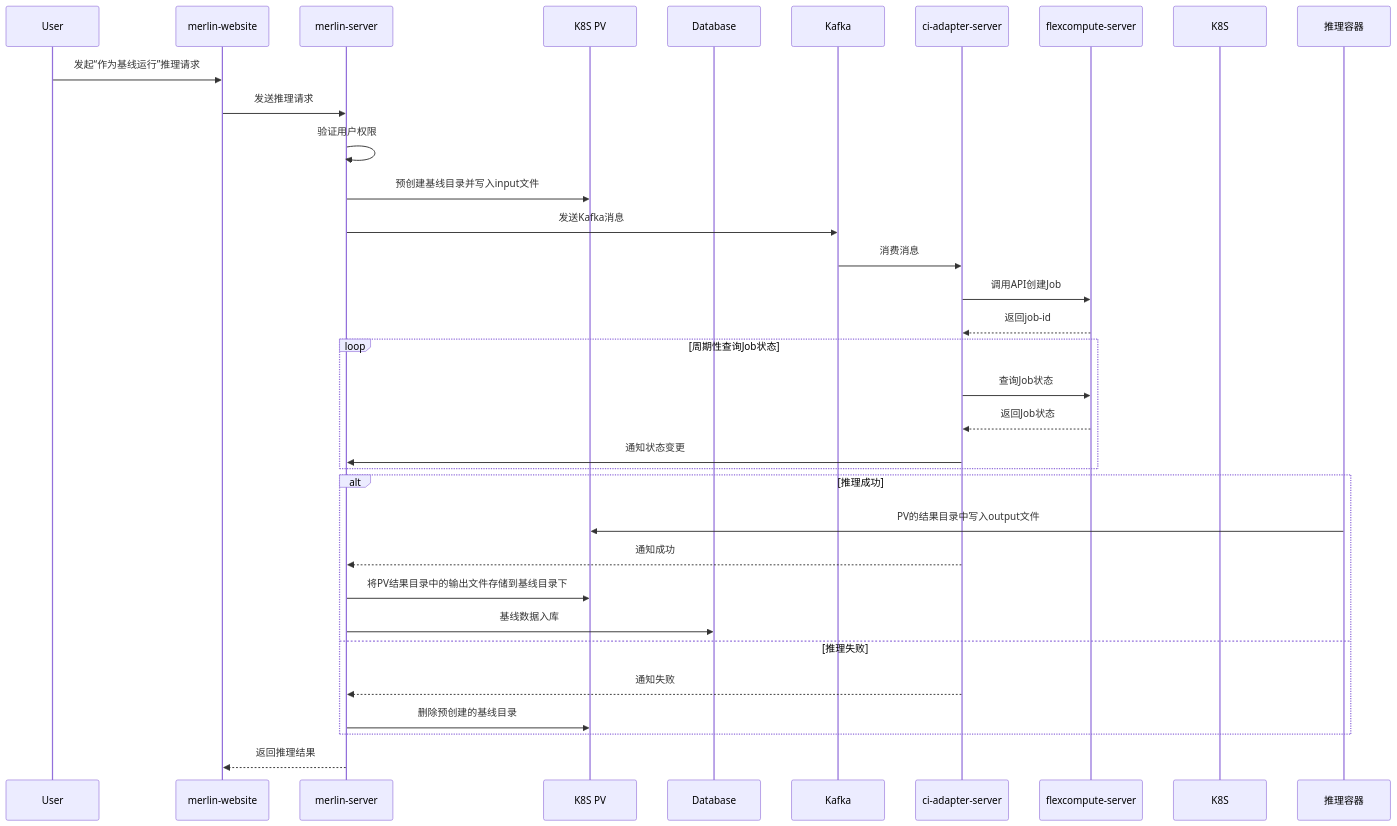
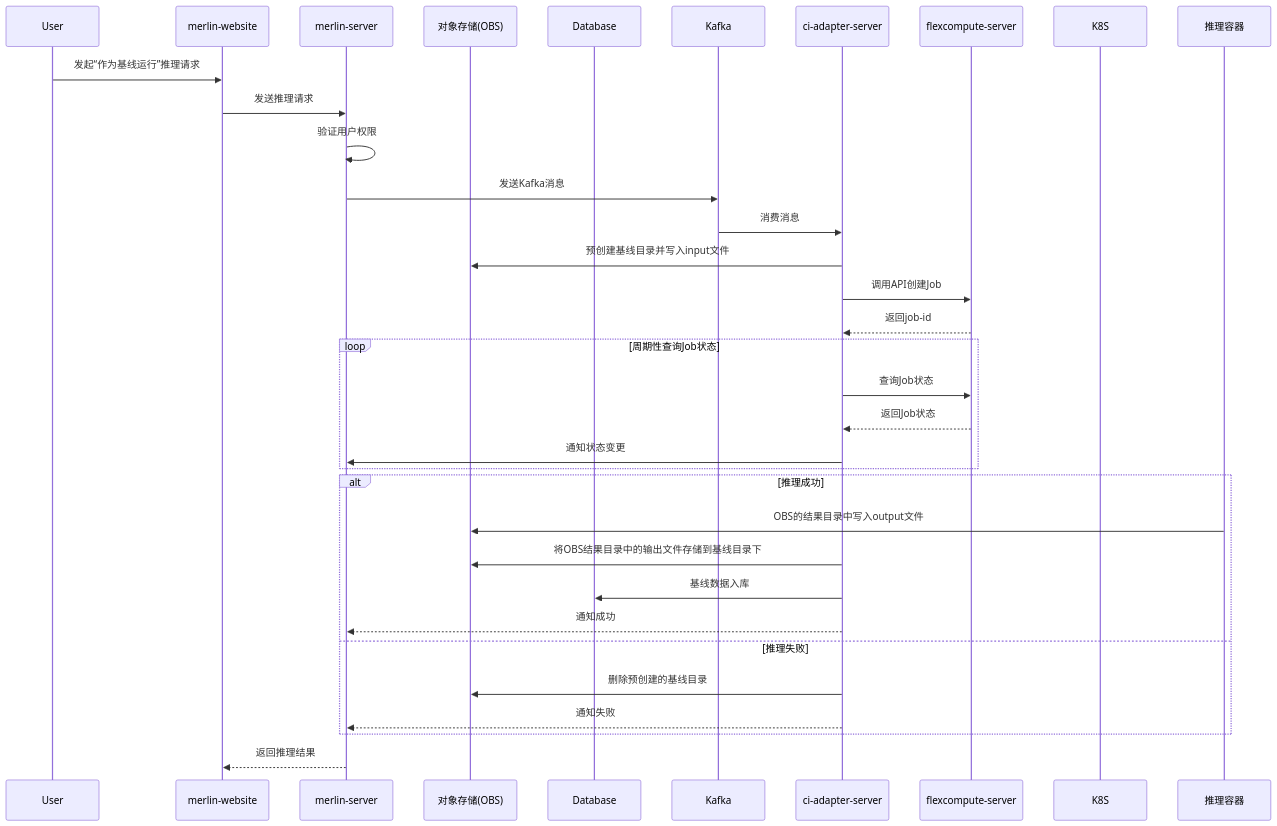
Before and after one commit to pillumina/design-proposal: diagram 16 of 17 in 模型精度性能测试自动化.md, drawn with Mermaid. The commit also changed other lines of this file, not shown here.

````diff
--- a/模型精度性能测试自动化.md
+++ b/模型精度性能测试自动化.md
@@ -1813,37 +1811,37 @@
 ```mermaid
 sequenceDiagram
     participant User
     participant Frontend as merlin-website
     participant Server as merlin-server
-    participant Storage as K8S PV
+    participant Storage as 对象存储(OBS)
     participant DB as Database
     participant Kafka
     participant Adapter as ci-adapter-server
     participant Flex as flexcompute-server
     participant K8S
     participant Job as 推理容器
 
     User ->> Frontend: 发起“作为基线运行”推理请求
     Frontend ->> Server: 发送推理请求
     Server ->> Server: 验证用户权限
-    Server ->> Storage: 预创建基线目录并写入input文件
     Server ->> Kafka: 发送Kafka消息
     Kafka ->> Adapter: 消费消息
+  	Adapter ->> Storage: 预创建基线目录并写入input文件
     Adapter ->> Flex: 调用API创建Job
     Flex -->> Adapter: 返回job-id
     loop 周期性查询Job状态
         Adapter ->> Flex: 查询Job状态
         Flex -->> Adapter: 返回Job状态
         Adapter ->> Server: 通知状态变更
     end
     alt 推理成功
-        Job ->> Storage: PV的结果目录中写入output文件
+        Job ->> Storage: OBS的结果目录中写入output文件
+        Adapter ->> Storage: 将OBS结果目录中的输出文件存储到基线目录下
+        Adapter ->> DB: 基线数据入库
         Adapter -->> Server: 通知成功
-        Server ->> Storage: 将PV结果目录中的输出文件存储到基线目录下
-        Server ->> DB: 基线数据入库
     else 推理失败
+        Adapter ->> Storage: 删除预创建的基线目录
         Adapter -->> Server: 通知失败
-        Server ->> Storage: 删除预创建的基线目录
     end
     Server -->> Frontend: 返回推理结果
 ```
````
